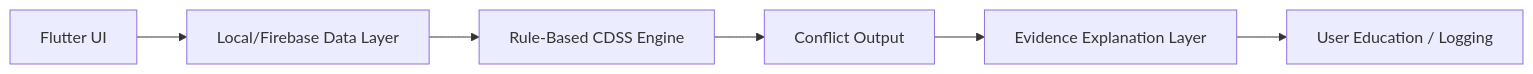
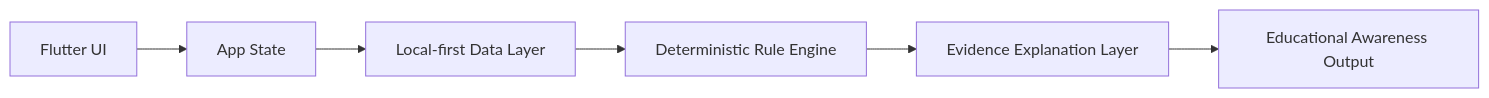
The diagram in README.md (albertzhzhou-droid/ParkinSUM), drawn with Mermaid before and after one commit. The commit also changed other lines of this file and 12 other files, not shown here.

````diff
--- a/README.md
+++ b/README.md
@@ -64,15 +71,15 @@
 ```mermaid
 flowchart LR
   UI["Flutter UI"]
-  Data["Local/Firebase Data Layer"]
-  Engine["Rule-Based CDSS Engine"]
-  Output["Conflict Output"]
+  State["App State"]
+  Data["Local-first Data Layer"]
+  Rules["Deterministic Rule Engine"]
   Evidence["Evidence Explanation Layer"]
-  Education["User Education / Logging"]
+  Output["Educational Awareness Output"]
 
-  UI --> Data
-  Data --> Engine
-  Engine --> Output
-  Output --> Evidence
-  Evidence --> Education
+  UI --> State
+  State --> Data
+  Data --> Rules
+  Rules --> Evidence
+  Evidence --> Output
 ```
````
